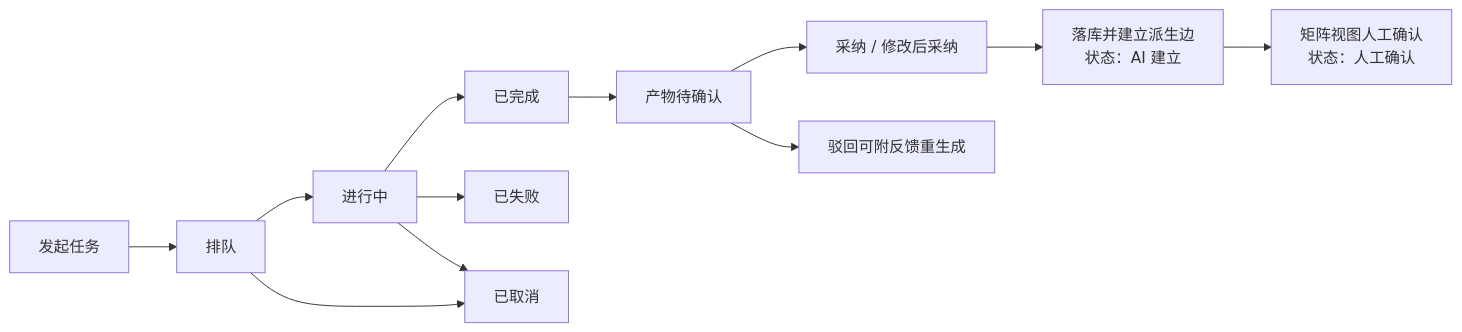
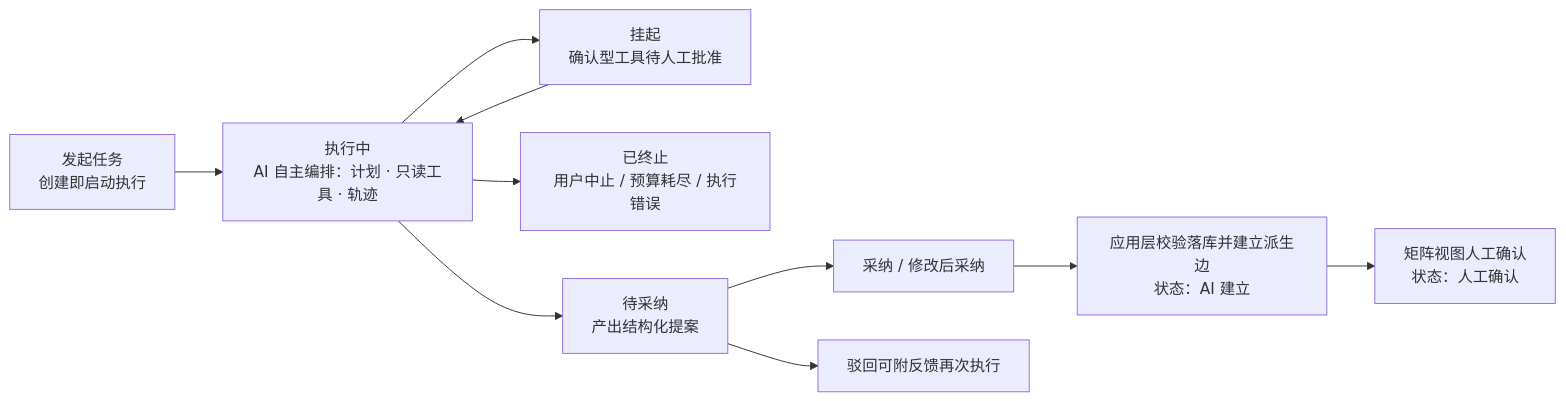
The first of 2 diagrams in docs/02-high-level-design/07-ai-capability/02-hld-ai-capability.md (XiaoMiSum/robotest), drawn with Mermaid before and after one commit. The commit also changed other lines of this file and 10 other files, not shown here.

````diff
--- a/docs/02-high-level-design/07-ai-capability/02-hld-ai-capability.md
+++ b/docs/02-high-level-design/07-ai-capability/02-hld-ai-capability.md
@@ -105,14 +110,12 @@
 ```mermaid
 flowchart LR
-    A[发起任务] --> B[排队]
-    B --> C[进行中]
-    C --> D[已完成]
-    C --> E[已失败]
-    B --> X[已取消]
-    C --> X
-    D --> F[产物待确认]
+    A[发起任务<br/>创建即启动执行] --> C[执行中<br/>AI 自主编排：计划 · 只读工具 · 轨迹]
+    C --> W[挂起<br/>确认型工具待人工批准]
+    W --> C
+    C --> X[已终止<br/>用户中止 / 预算耗尽 / 执行错误]
+    C --> F[待采纳<br/>产出结构化提案]
     F --> G[采纳 / 修改后采纳]
-    F --> H[驳回可附反馈重生成]
-    G --> I[落库并建立派生边<br/>状态：AI 建立]
+    F --> H[驳回可附反馈再次执行]
+    G --> I[应用层校验落库并建立派生边<br/>状态：AI 建立]
     I --> J[矩阵视图人工确认<br/>状态：人工确认]
 ```
````
